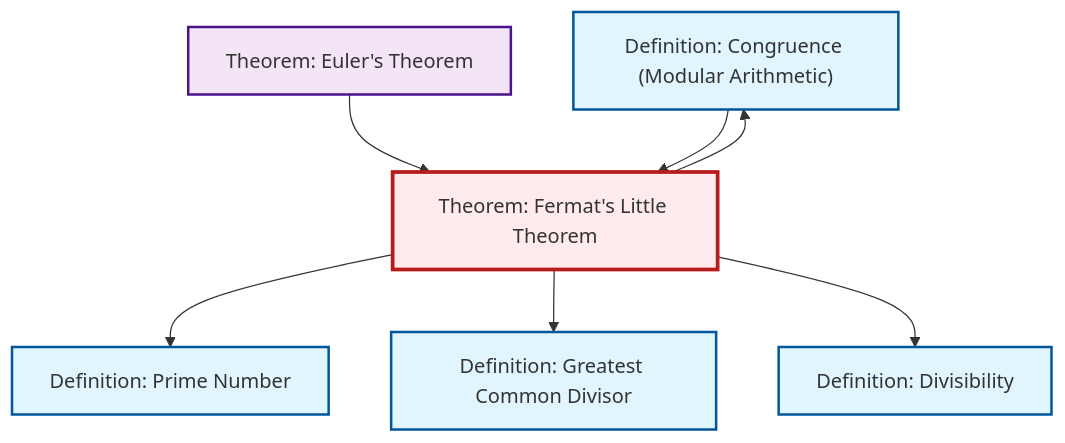
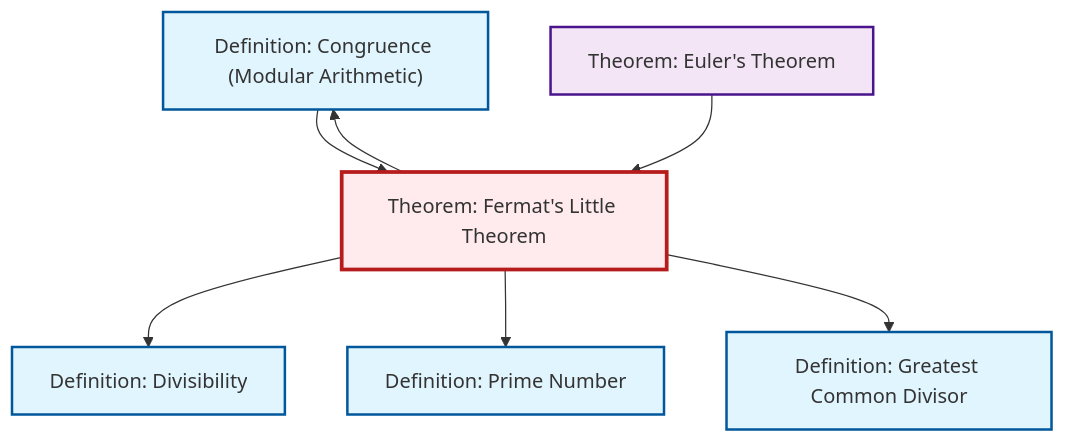
Before and after one commit to RK0429/ModernMath: the diagram in content/en/number-theory/thm-fermat-little.qmd, drawn with Mermaid. The commit also changed other lines of this file and 1012 other files, not shown here.

````diff
--- a/content/en/number-theory/thm-fermat-little.qmd
+++ b/content/en/number-theory/thm-fermat-little.qmd
@@ -90,27 +90,27 @@
 ```{mermaid}
 %%| fig-cap: "Local dependency graph"
 graph TD
     classDef definition fill:#e1f5fe,stroke:#01579b,stroke-width:2px
     classDef theorem fill:#f3e5f5,stroke:#4a148c,stroke-width:2px
     classDef axiom fill:#fff3e0,stroke:#e65100,stroke-width:2px
     classDef example fill:#e8f5e9,stroke:#1b5e20,stroke-width:2px
     classDef current fill:#ffebee,stroke:#b71c1c,stroke-width:3px
+    def-gcd["Definition: Greatest Common Divisor"]:::definition
     def-congruence["Definition: Congruence (Modular Arithmetic)"]:::definition
+    thm-euler["Theorem: Euler's Theorem"]:::theorem
     def-divisibility["Definition: Divisibility"]:::definition
-    thm-euler["Theorem: Euler's Theorem"]:::theorem
     thm-fermat-little["Theorem: Fermat's Little Theorem"]:::theorem
-    def-gcd["Definition: Greatest Common Divisor"]:::definition
     def-prime["Definition: Prime Number"]:::definition
+    thm-fermat-little --> def-divisibility
     thm-fermat-little --> def-prime
     thm-fermat-little --> def-gcd
+    def-congruence --> thm-fermat-little
     thm-euler --> thm-fermat-little
-    thm-fermat-little --> def-divisibility
-    def-congruence --> thm-fermat-little
     thm-fermat-little --> def-congruence
     class thm-fermat-little current
+    click def-gcd "def-gcd.html" "Go to Greatest Common Divisor definition"
     click def-congruence "def-congruence.html" "Go to Congruence (Modular Arithmetic) definition"
+    click thm-euler "thm-euler.html" "Go to Euler's Theorem theorem"
     click def-divisibility "def-divisibility.html" "Go to Divisibility definition"
-    click thm-euler "thm-euler.html" "Go to Euler's Theorem theorem"
-    click def-gcd "def-gcd.html" "Go to Greatest Common Divisor definition"
     click def-prime "def-prime.html" "Go to Prime Number definition"
 ```
````
